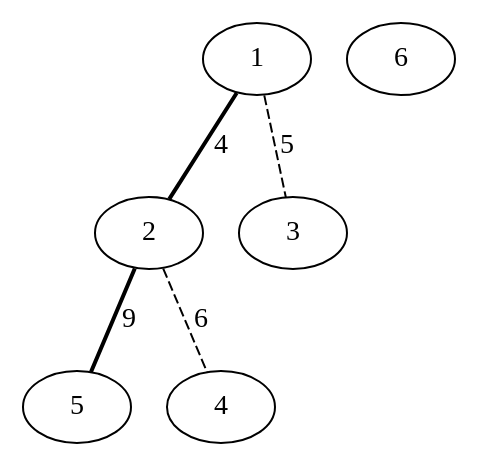
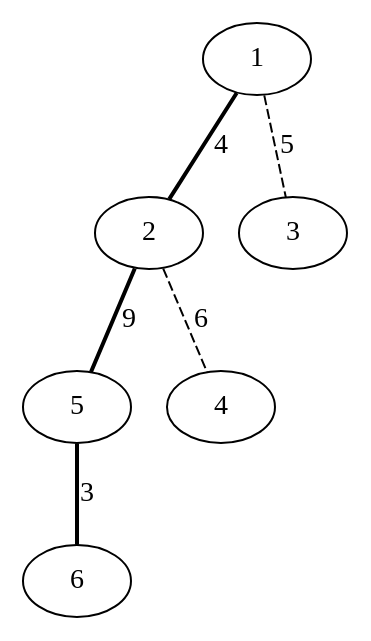
The diagram in ST-Tree/src/combined_graph.dot (Musab1Blaser/DynamicTrees_NF), drawn with Graphviz before and after one commit. The commit also changed 6 other files, not shown here.

```diff
--- a/ST-Tree/src/combined_graph.dot
+++ b/ST-Tree/src/combined_graph.dot
@@ -1,12 +1,13 @@
 graph G {
 1 -- 2 [style=bold, label=4];
 2 -- 5 [style=bold, label=9];
+5 -- 6 [style=bold, label=3];
 1 -- 3 [style=dashed, label=5];
 2 -- 4 [style=dashed, label=6];
 1; 
 2; 
 3; 
 4; 
 5; 
 6; 
 }
```
